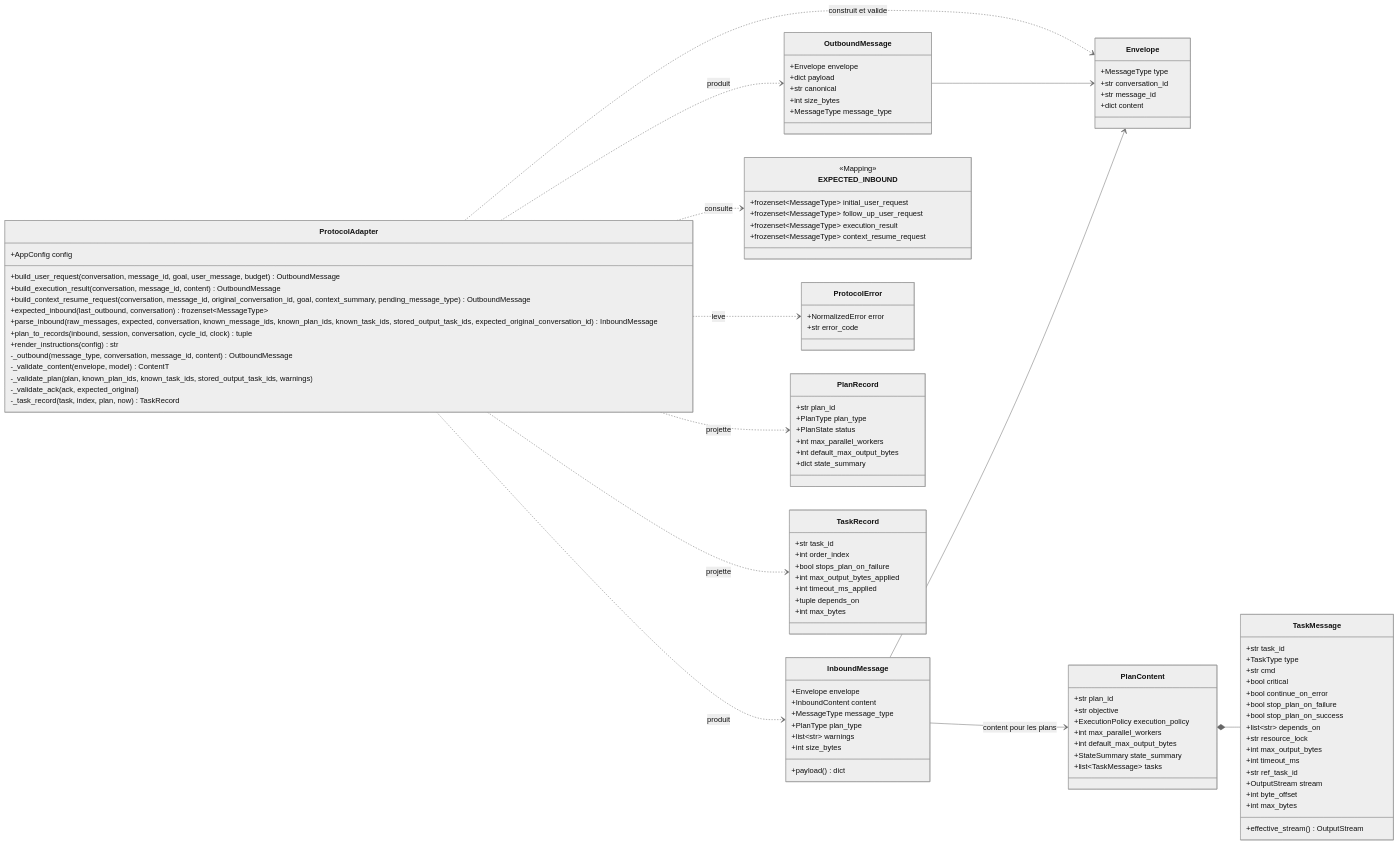
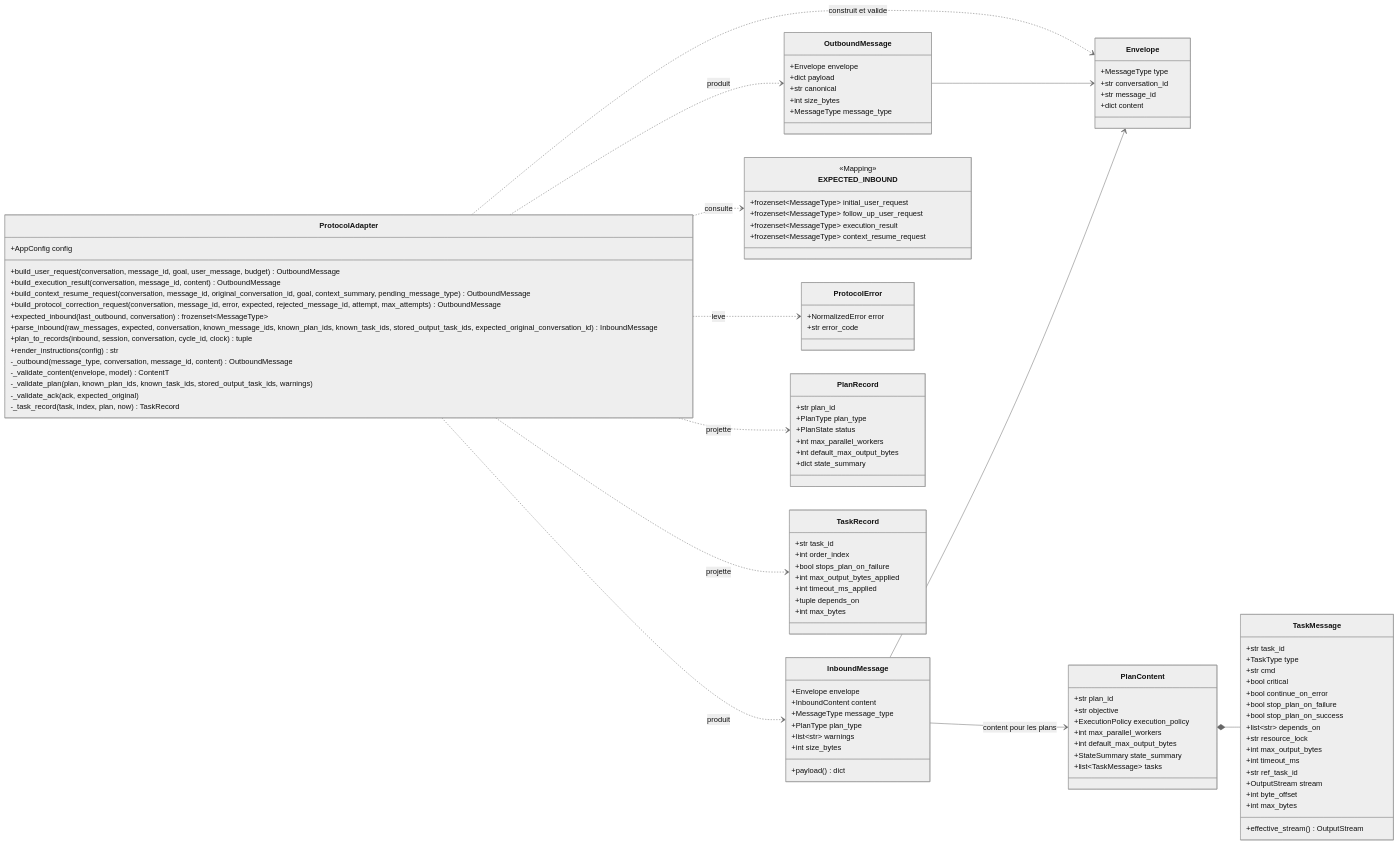
The first of 3 diagrams in docs/phases/phase-02-protocol.md (moabidi91/agentic-local-app), drawn with Mermaid (neutral theme) before and after one commit. The commit also changed other lines of this file and 45 other files, not shown here.

```diff
--- a/docs/phases/phase-02-protocol.md
+++ b/docs/phases/phase-02-protocol.md
@@ -35,6 +35,7 @@
         +build_user_request(conversation, message_id, goal, user_message, budget) OutboundMessage
         +build_execution_result(conversation, message_id, content) OutboundMessage
         +build_context_resume_request(conversation, message_id, original_conversation_id, goal, context_summary, pending_message_type) OutboundMessage
+        +build_protocol_correction_request(conversation, message_id, error, expected, rejected_message_id, attempt, max_attempts) OutboundMessage
         +expected_inbound(last_outbound, conversation) frozenset~MessageType~
         +parse_inbound(raw_messages, expected, conversation, known_message_ids, known_plan_ids, known_task_ids, stored_output_task_ids, expected_original_conversation_id) InboundMessage
         +plan_to_records(inbound, session, conversation, cycle_id, clock) tuple
```
